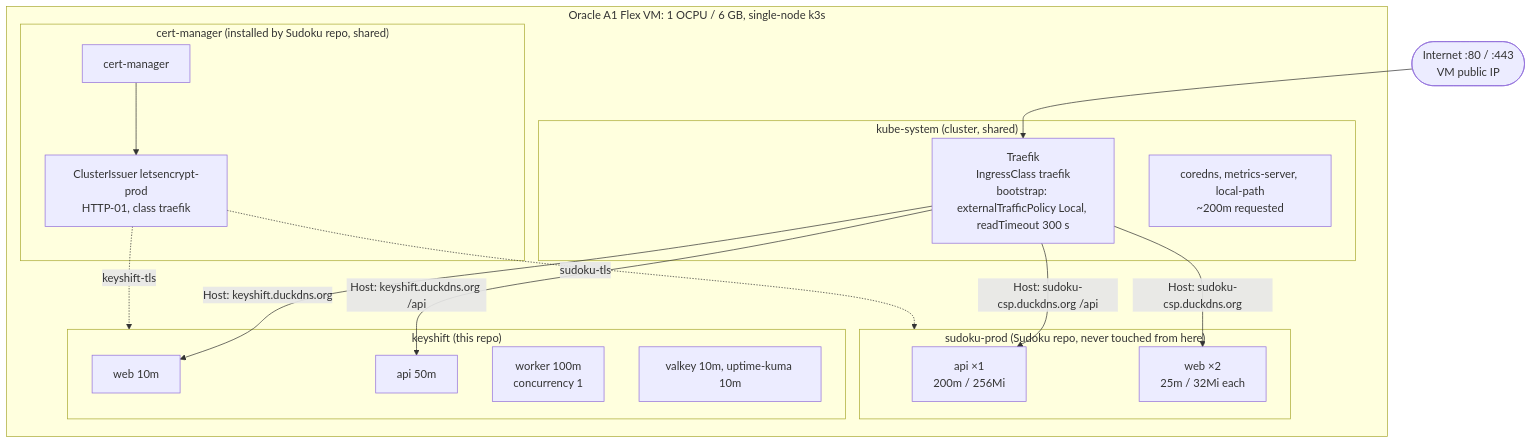
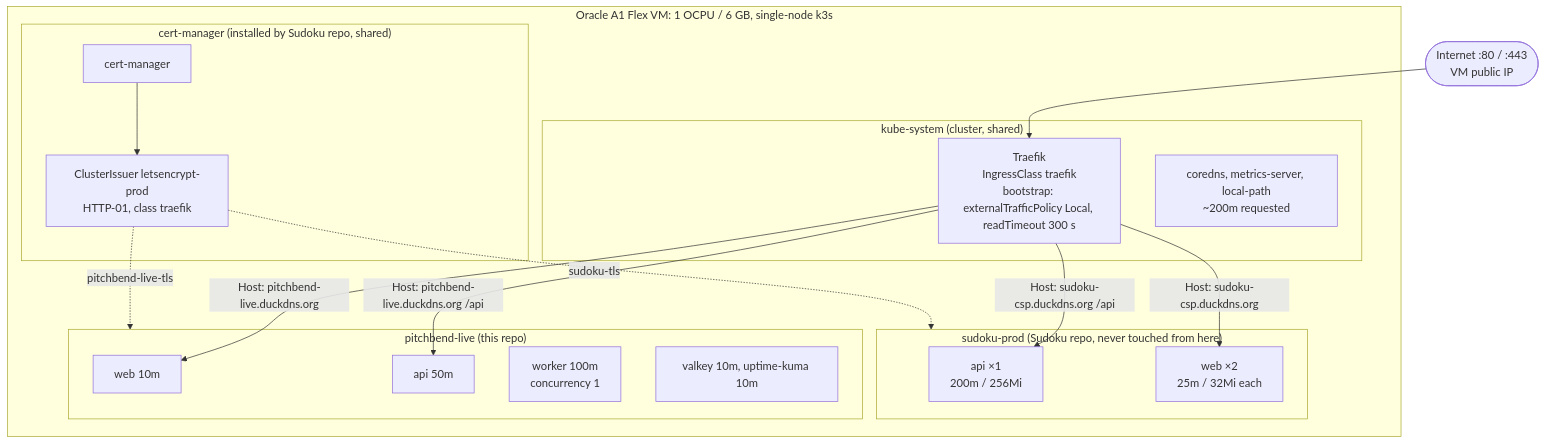
Before and after one commit to edwinargueta/PitchBend-Live: the third of 8 diagrams in docs/architecture-diagram.md, drawn with Mermaid. The commit also changed other lines of this file and 113 other files, not shown here.

````diff
--- a/docs/architecture-diagram.md
+++ b/docs/architecture-diagram.md
@@ -121,37 +121,37 @@
 ```mermaid
 flowchart TB
     net(["Internet :80 / :443<br/>VM public IP"])
 
     subgraph node["Oracle A1 Flex VM: 1 OCPU / 6 GB, single-node k3s"]
         subgraph kube["kube-system (cluster, shared)"]
             traefik["Traefik<br/>IngressClass traefik<br/>bootstrap: externalTrafficPolicy Local, readTimeout 300 s"]
             sys["coredns, metrics-server, local-path<br/>~200m requested"]
         end
 
         subgraph cmns["cert-manager (installed by Sudoku repo, shared)"]
             cm["cert-manager"]
             issuer["ClusterIssuer letsencrypt-prod<br/>HTTP-01, class traefik"]
         end
 
         subgraph sudoku["sudoku-prod (Sudoku repo, never touched from here)"]
             sapi["api ×1<br/>200m / 256Mi"]
             sweb["web ×2<br/>25m / 32Mi each"]
         end
 
-        subgraph ks["keyshift (this repo)"]
+        subgraph ks["pitchbend-live (this repo)"]
             kweb["web 10m"]
             kapi["api 50m"]
             kworker["worker 100m<br/>concurrency 1"]
             kother["valkey 10m, uptime-kuma 10m"]
         end
     end
 
     net --> traefik
     traefik -- "Host: sudoku-csp.duckdns.org" --> sweb
     traefik -- "Host: sudoku-csp.duckdns.org /api" --> sapi
-    traefik -- "Host: keyshift.duckdns.org" --> kweb
-    traefik -- "Host: keyshift.duckdns.org /api" --> kapi
+    traefik -- "Host: pitchbend-live.duckdns.org" --> kweb
+    traefik -- "Host: pitchbend-live.duckdns.org /api" --> kapi
     cm --> issuer
     issuer -. "sudoku-tls" .-> sudoku
-    issuer -. "keyshift-tls" .-> ks
+    issuer -. "pitchbend-live-tls" .-> ks
 ```
````
